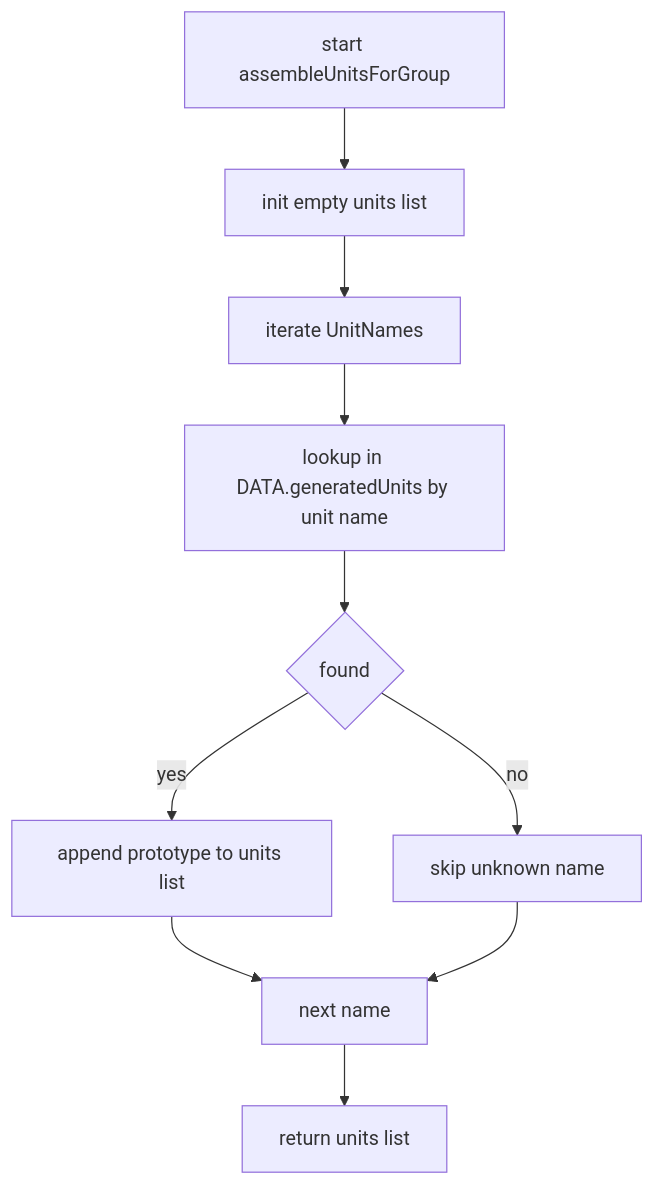
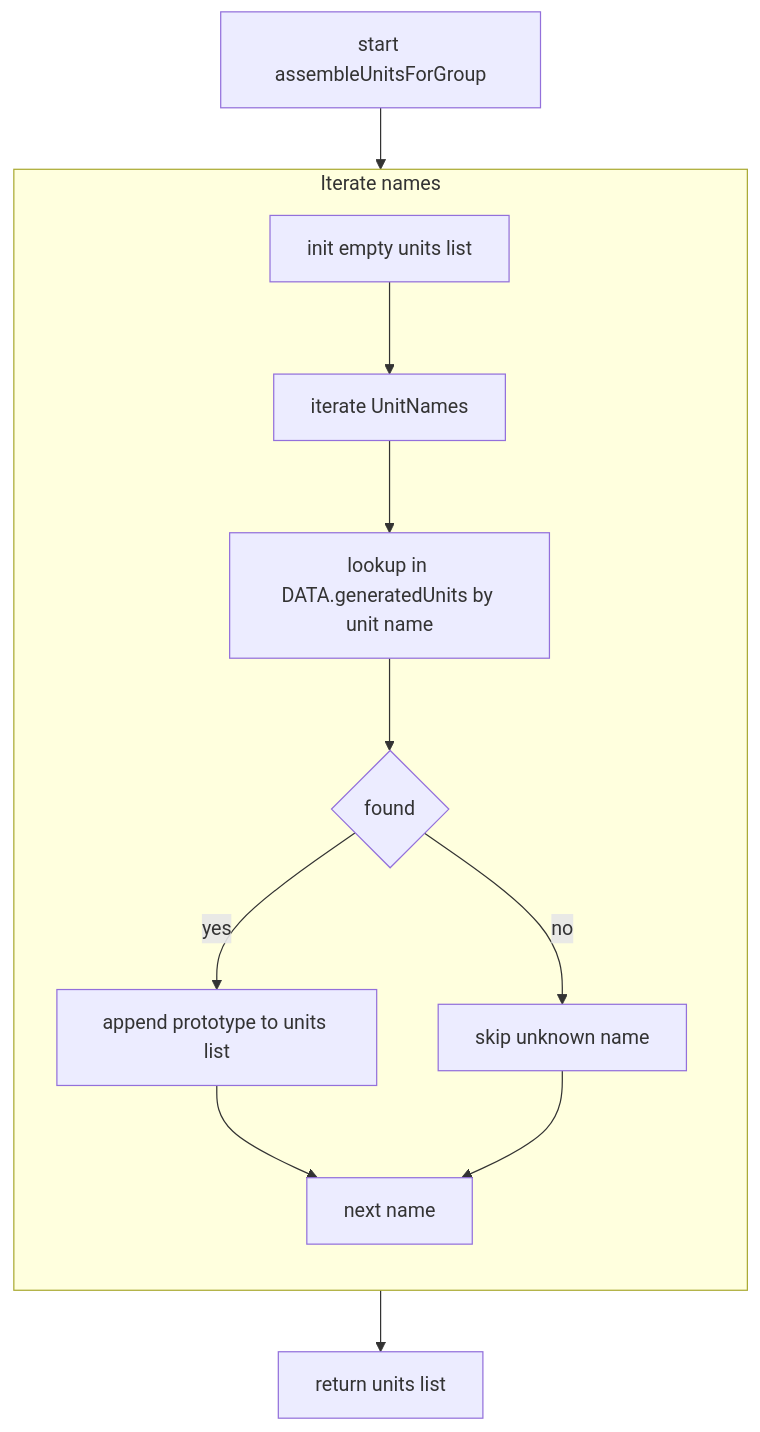
Before and after one commit to Gh0st352/AETHR: the fourth of 5 diagrams in docs/spawner/auxiliary.md, drawn with Mermaid. The commit also changed other lines of this file and 9 other files, not shown here.

First line of the commit message:
docs(spawner, mermaid): restructure diagrams and clarify headings

````diff
--- a/docs/spawner/auxiliary.md
+++ b/docs/spawner/auxiliary.md
@@ -61,12 +86,20 @@
 ```mermaid
+%% shared theme: docs/_mermaid/theme.json %%
 flowchart TB
   A0[start assembleUnitsForGroup] --> A1[init empty units list]
-  A1 --> A2[iterate UnitNames]
-  A2 --> A3[lookup in DATA.generatedUnits by unit name]
-  A3 --> C0{found}
-  C0 -- yes --> A4[append prototype to units list]
-  C0 -- no --> A5[skip unknown name]
-  A4 --> NXT[next name]
-  A5 --> NXT
+  subgraph "Iterate names"
+    direction TB
+    A1 --> A2[iterate UnitNames]
+    A2 --> A3[lookup in DATA.generatedUnits by unit name]
+    A3 --> C0{found}
+    C0 -- yes --> A4[append prototype to units list]
+    C0 -- no --> A5[skip unknown name]
+    A4 --> NXT[next name]
+    A5 --> NXT
+  end
   NXT --> OUT[return units list]
+  class A0 class_io;
+  class A1,A2,A3,A4,A5,NXT class_step;
+  class C0 class_decision;
+  class OUT class_result;
 ```
````
